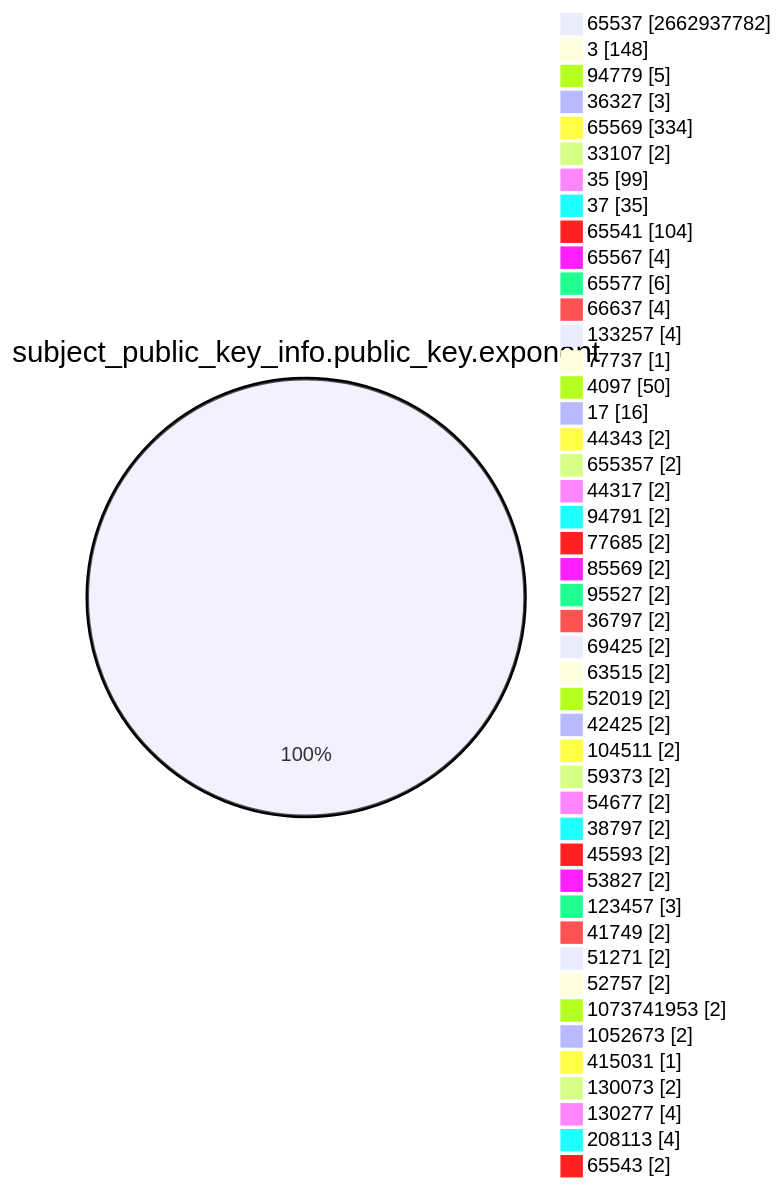
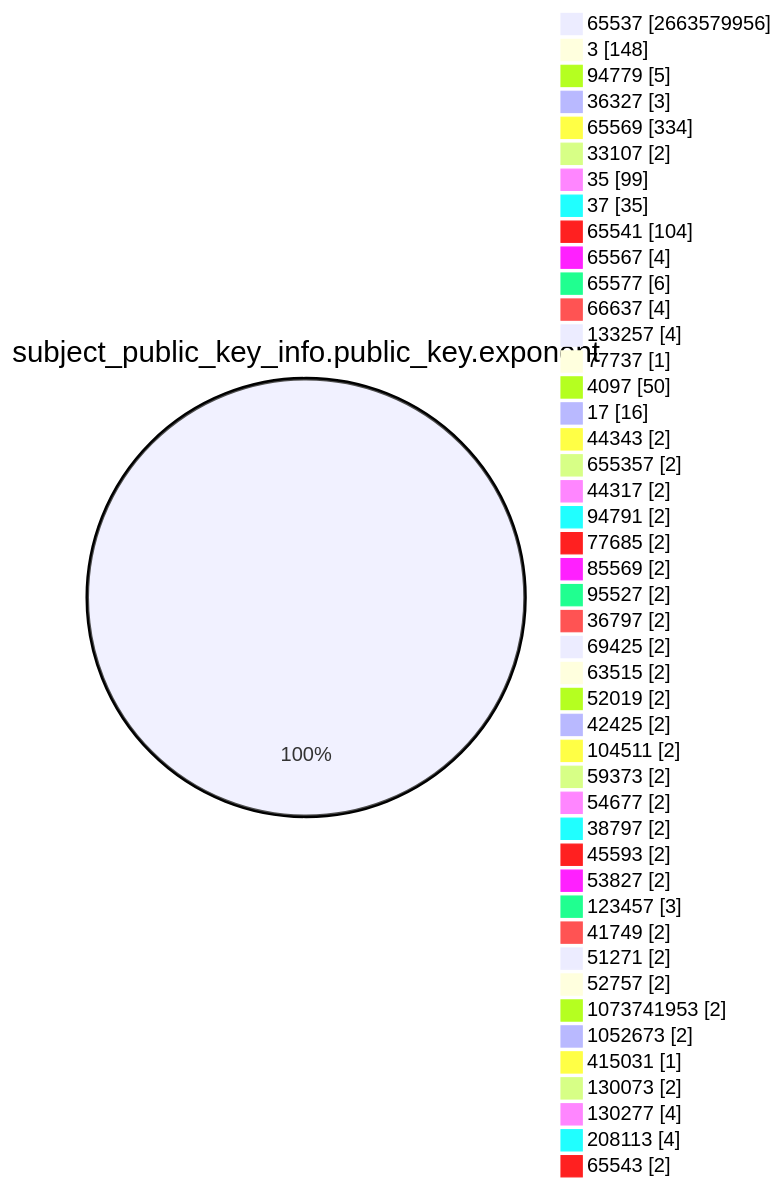
Before and after one commit to christiankrug/ctmonitor_visualization: the fourth of 15 diagrams in TOTAL/README.md, drawn with Mermaid. The commit also changed other lines of this file, not shown here.

````diff
--- a/TOTAL/README.md
+++ b/TOTAL/README.md
@@ -1466,49 +1466,49 @@
 ```mermaid
 pie showData
 title subject_public_key_info.public_key.exponent
-"65537" :2662937782
+"65537" :2663579956
 "3" :148
 "94779" :5
 "36327" :3
 "65569" :334
 "33107" :2
 "35" :99
 "37" :35
 "65541" :104
 "65567" :4
 "65577" :6
 "66637" :4
 "133257" :4
 "77737" :1
 "4097" :50
 "17" :16
 "44343" :2
 "655357" :2
 "44317" :2
 "94791" :2
 "77685" :2
 "85569" :2
 "95527" :2
 "36797" :2
 "69425" :2
 "63515" :2
 "52019" :2
 "42425" :2
 "104511" :2
 "59373" :2
 "54677" :2
 "38797" :2
 "45593" :2
 "53827" :2
 "123457" :3
 "41749" :2
 "51271" :2
 "52757" :2
 "1073741953" :2
 "1052673" :2
 "415031" :1
 "130073" :2
 "130277" :4
 "208113" :4
 "65543" :2
 ```
````
